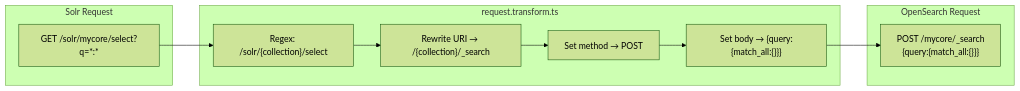
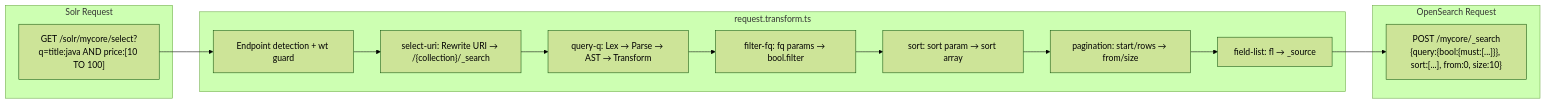
One commit to opensearch-project/opensearch-migrations changed the third of 7 diagrams in TrafficCapture/SolrTransformations/docs/TRANSFORMS.md. Above: the diagram before and after it, drawn with Mermaid (forest theme). The commit also changed other lines of this file and 14 other files, not shown here.

````diff
--- a/TrafficCapture/SolrTransformations/docs/TRANSFORMS.md
+++ b/TrafficCapture/SolrTransformations/docs/TRANSFORMS.md
@@ -124,19 +135,22 @@
 ```mermaid
 graph LR
     subgraph Input["Solr Request"]
-        A["GET /solr/mycore/select?q=*:*"]
+        A["GET /solr/mycore/select?q=title:java AND price:[10 TO 100]"]
     end
 
     subgraph Transform["request.transform.ts"]
-        B["Regex: /solr/{collection}/select"]
-        C["Rewrite URI → /{collection}/_search"]
-        D["Set method → POST"]
-        E["Set body → {query:{match_all:{}}}"]
+        B["Endpoint detection + wt guard"]
+        C["select-uri: Rewrite URI → /{collection}/_search"]
+        D["query-q: Lex → Parse → AST → Transform"]
+        E["filter-fq: fq params → bool.filter"]
+        F["sort: sort param → sort array"]
+        G["pagination: start/rows → from/size"]
+        H["field-list: fl → _source"]
     end
 
     subgraph Output["OpenSearch Request"]
-        F["POST /mycore/_search<br/>{query:{match_all:{}}}"]
+        I["POST /mycore/_search<br/>{query:{bool:{must:[...]}}, sort:[...], from:0, size:10}"]
     end
 
-    A --> B --> C --> D --> E --> F
+    A --> B --> C --> D --> E --> F --> G --> H --> I
 ```
````
